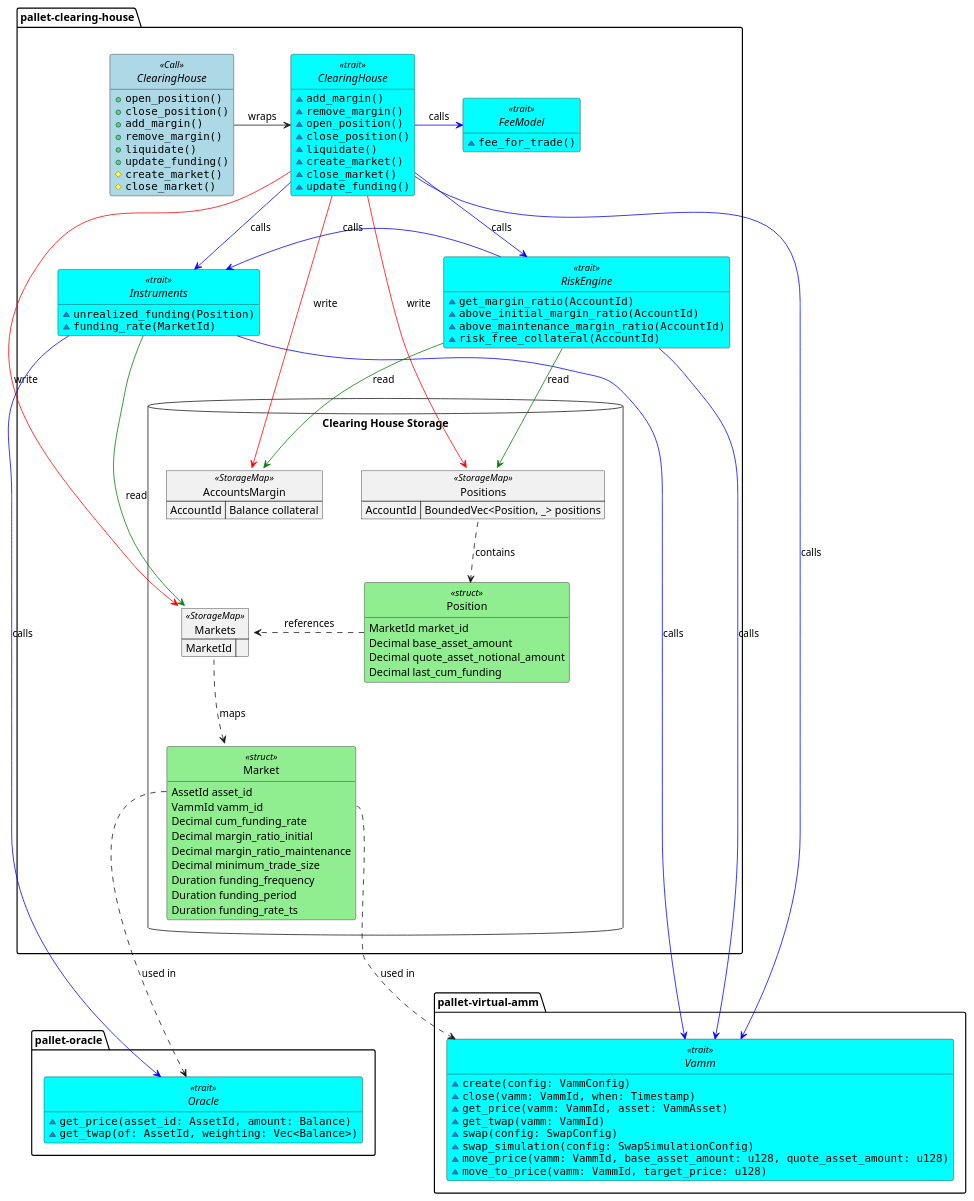
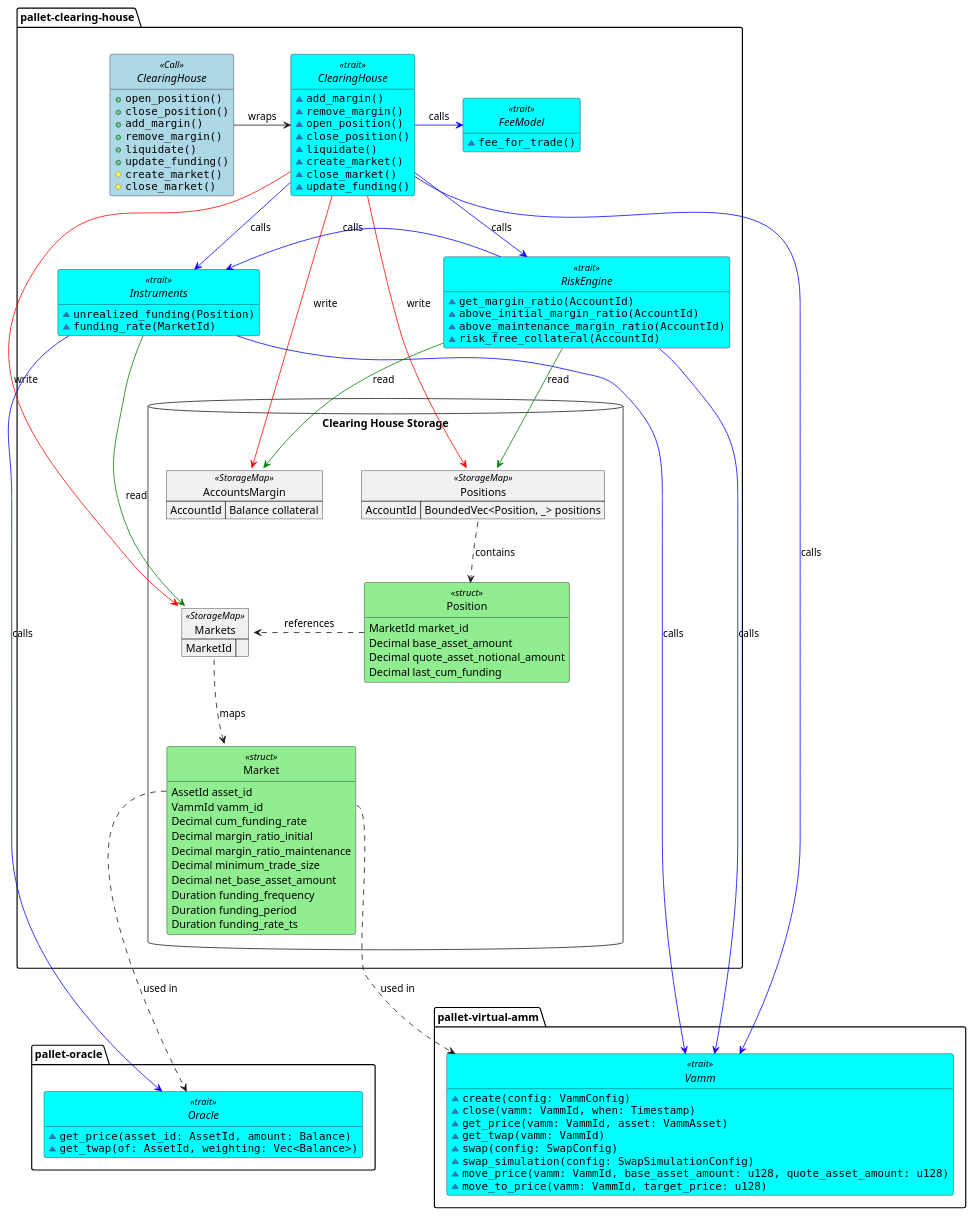
The diagram in frame/clearing-house/diagrams/clearing-house.plantuml (ComposableFi/composable), drawn with PlantUML before and after one commit.

```diff
--- a/frame/clearing-house/diagrams/clearing-house.plantuml
+++ b/frame/clearing-house/diagrams/clearing-house.plantuml
@@ -1,157 +1,158 @@
 @startuml clearing-house
 
 <style>
 .struct {
     BackgroundColor LightGreen
 }
 .Call {
     BackgroundColor LightBlue
 }
 .trait {
     BackgroundColor Cyan
 }
 </style>
 
 package "pallet-clearing-house" {
     interface ClearingHouse <<Call>> {
         + ""open_position()""
         + ""close_position()""
         + ""add_margin()""
         + ""remove_margin()""
         + ""liquidate()""
         + ""update_funding()""
         # ""create_market()""
         # ""close_market()""
     }
 
     interface "ClearingHouse" as CH <<trait>> {
         ~ ""add_margin()""
         ~ ""remove_margin()""
         ~ ""open_position()""
         ~ ""close_position()""
         ~ ""liquidate()""
         ~ ""create_market()""
         ~ ""close_market()""
         ~ ""update_funding()""
     }
     
     interface "RiskEngine" as RETrait <<trait>> {
         ~ ""get_margin_ratio(AccountId)""
         ~ ""above_initial_margin_ratio(AccountId)""
         ~ ""above_maintenance_margin_ratio(AccountId)""
         ~ ""risk_free_collateral(AccountId)""
         '~ get_free_collateral()
     }
     
     interface "Instruments" as ITrait <<trait>> {
         ~ ""unrealized_funding(Position)""
         ~ ""funding_rate(MarketId)""
     }
 
     interface "FeeModel" as FTrait <<trait>> {
         ~ ""fee_for_trade()""
     }
 
     database "Clearing House Storage" {
         map "AccountsMargin" as MarginAccounts <<StorageMap>> {
             AccountId => Balance collateral
         }
 
         map Positions <<StorageMap>> {
             AccountId => BoundedVec<Position, _> positions
         }
 
         map Markets <<StorageMap>> {
             MarketId =>
         }
 
         class Position <<struct>> {
             MarketId market_id
             Decimal base_asset_amount
             Decimal quote_asset_notional_amount
             Decimal last_cum_funding
         }
 
         class Market <<struct>> {
             AssetId asset_id
             VammId vamm_id
             Decimal cum_funding_rate
             Decimal margin_ratio_initial
             Decimal margin_ratio_maintenance
             Decimal minimum_trade_size
+            Decimal net_base_asset_amount
             Duration funding_frequency
             Duration funding_period
             Duration funding_rate_ts
         }
     }
 }
 
 package "pallet-virtual-amm" {
     interface "Vamm" as vAmm <<trait>> {
         ~ ""create(config: VammConfig)""
         ~ ""close(vamm: VammId, when: Timestamp)""
         ~ ""get_price(vamm: VammId, asset: VammAsset)""
         ~ ""get_twap(vamm: VammId)""
         ~ ""swap(config: SwapConfig)""
         ~ ""swap_simulation(config: SwapSimulationConfig)""
         ~ ""move_price(vamm: VammId, base_asset_amount: u128, quote_asset_amount: u128)""
         ~ ""move_to_price(vamm: VammId, target_price: u128)""
     }
 }
 
 package "pallet-oracle" {
     interface Oracle <<trait>> {
         ~ ""get_price(asset_id: AssetId, amount: Balance)""
         ~ ""get_twap(of: AssetId, weighting: Vec<Balance>)""
     }
 }
 
 hide empty members
 hide circle
 
 '================== Storage relationships
 Markets ..down> Market : maps
 Market::vamm_id ..> vAmm : used in
 Market::asset_id ..> Oracle : used in
 
 Positions::positions ..down> Position: contains
 Position ..right> Markets : references
 
 '================== Control flow relationships             
 ClearingHouse -> CH : wraps
 
 CH -[#blue]-> ITrait : calls
 
 'add_margin
 'remove_margin
 CH -[#red]-> MarginAccounts : write
 
 'create_market
 'close_market
 CH -[#red]-> Markets : write
 
 'remove_margin
 CH -[#blue]-> RETrait : calls
 
 'open_position
 'close_position
 'liquidate
 CH -[#red]-> Positions : write
 CH -[#blue]right> FTrait : calls
 
 'open_position
 'close_position
 CH -[#blue]-> vAmm : calls
 
 'update_funding
 ITrait -[#green]-> Markets : read
 ITrait -[#blue]-> Oracle : calls
 ITrait -[#blue]-> vAmm : calls
 
 'get_margin_ratio
 RETrait -[#green]-> MarginAccounts : read
 RETrait -[#green]-> Positions : read
 RETrait -left[#blue]> ITrait : calls
 RETrait -[#blue]-> vAmm : calls
 
 @enduml
```
